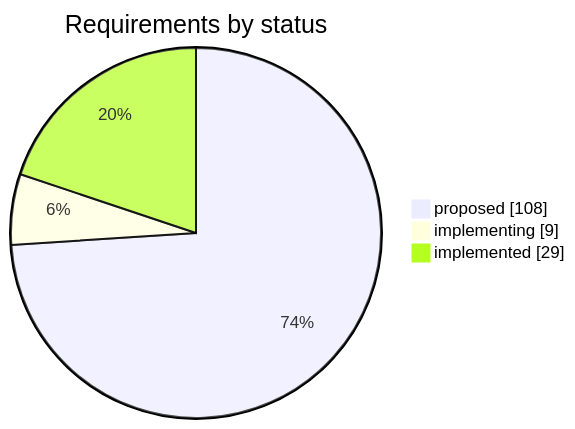
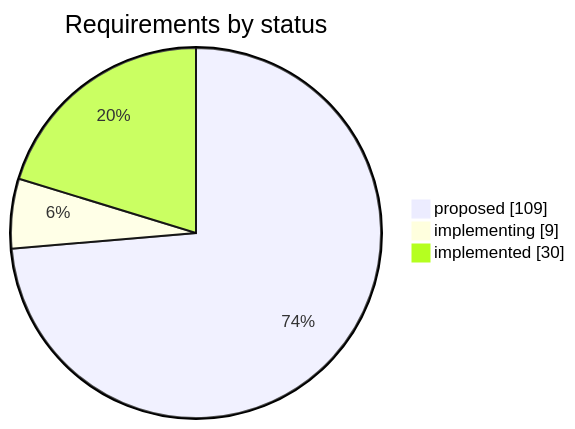
One commit to iammaxsu/automatic-testing-architecture changed the first of 2 diagrams in STATUS.md. Above: the diagram before and after it, drawn with Mermaid. The commit also changed other lines of this file and 6 other files, not shown here.

````diff
--- a/STATUS.md
+++ b/STATUS.md
@@ -25,6 +25,6 @@
 ```mermaid
 pie showData title Requirements by status
-    "proposed" : 108
+    "proposed" : 109
     "implementing" : 9
-    "implemented" : 29
+    "implemented" : 30
 ```
````
